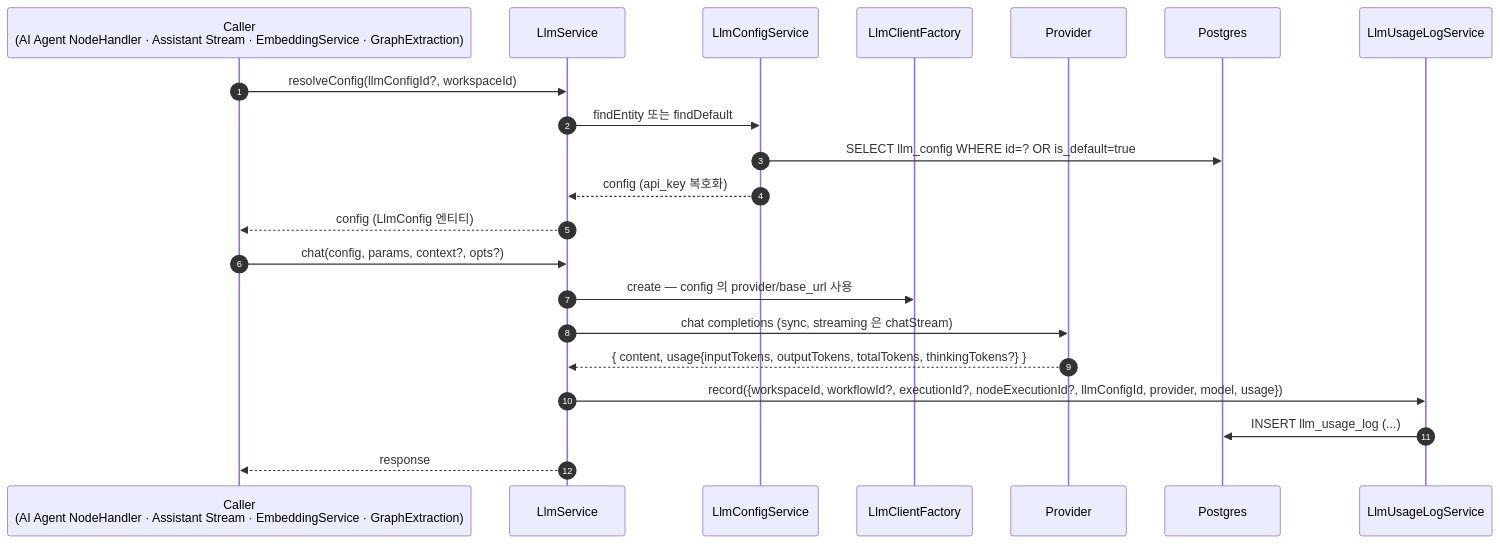
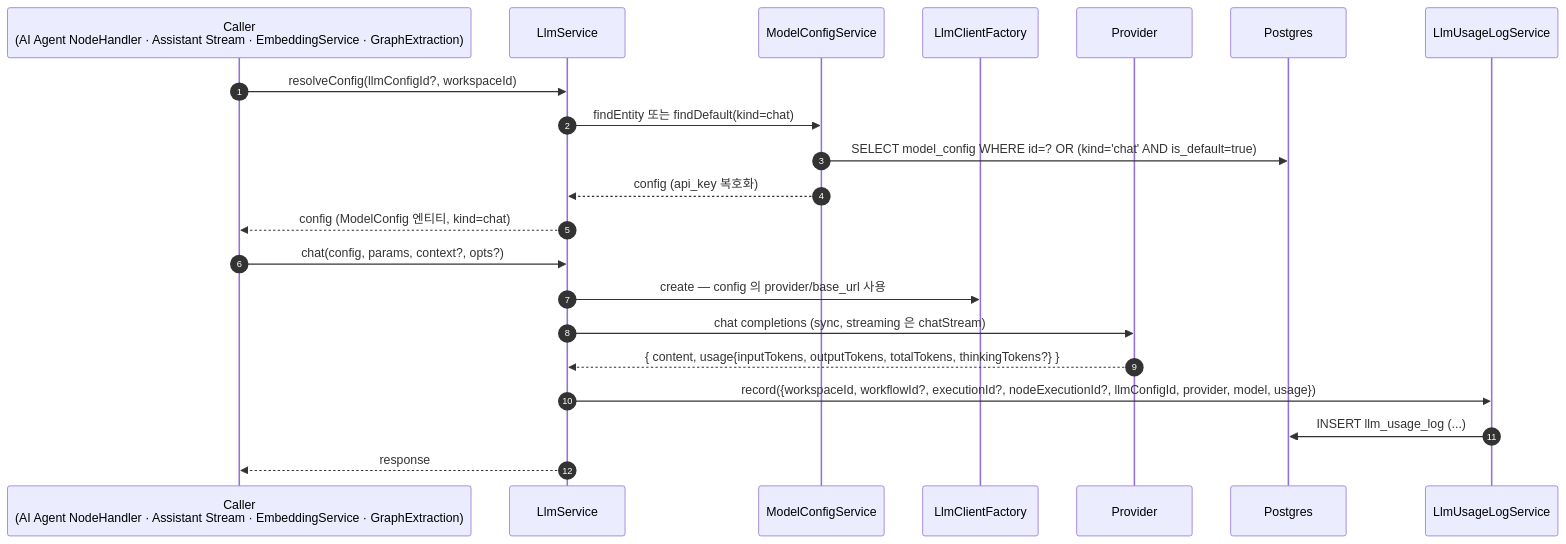
The second of 2 diagrams in spec/data-flow/7-llm-usage.md (worker-ants/clemvion), drawn with Mermaid before and after one commit. The commit also changed other lines of this file and 38 other files, not shown here.

````diff
--- a/spec/data-flow/7-llm-usage.md
+++ b/spec/data-flow/7-llm-usage.md
@@ -44,24 +44,24 @@
 ```mermaid
 sequenceDiagram
   autonumber
   participant Caller as Caller<br/>(AI Agent NodeHandler · Assistant Stream · EmbeddingService · GraphExtraction)
   participant LL as LlmService
-  participant Cf as LlmConfigService
+  participant Cf as ModelConfigService
   participant Fac as LlmClientFactory
   participant Prov as Provider
   participant PG as Postgres
   participant Log as LlmUsageLogService
 
   Caller->>LL: resolveConfig(llmConfigId?, workspaceId)
-  LL->>Cf: findEntity 또는 findDefault
-  Cf->>PG: SELECT llm_config WHERE id=? OR is_default=true
+  LL->>Cf: findEntity 또는 findDefault(kind=chat)
+  Cf->>PG: SELECT model_config WHERE id=? OR (kind='chat' AND is_default=true)
   Cf-->>LL: config (api_key 복호화)
-  LL-->>Caller: config (LlmConfig 엔티티)
+  LL-->>Caller: config (ModelConfig 엔티티, kind=chat)
   Caller->>LL: chat(config, params, context?, opts?)
   LL->>Fac: create — config 의 provider/base_url 사용
   LL->>Prov: chat completions (sync, streaming 은 chatStream)
   Prov-->>LL: { content, usage{inputTokens, outputTokens, totalTokens, thinkingTokens?} }
   LL->>Log: record({workspaceId, workflowId?, executionId?, nodeExecutionId?, llmConfigId, provider, model, usage})
   Log->>PG: INSERT llm_usage_log (...)
   LL-->>Caller: response
 ```
````
